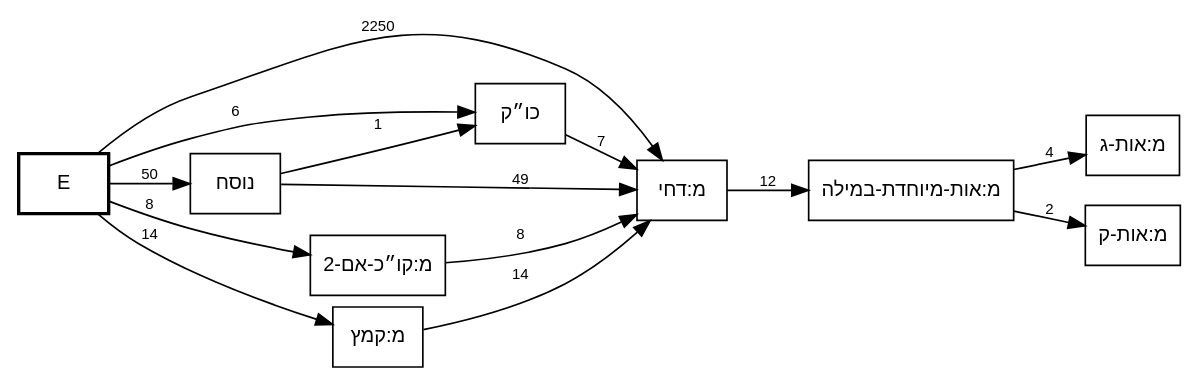
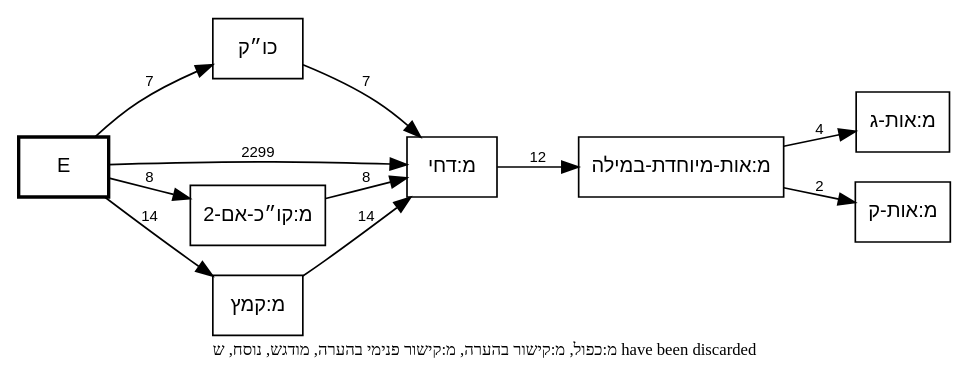
The diagram in out/MAM-tmpl-survey/plus-dchi-call-graph.dot (bdenckla/MAM-basics), drawn with Graphviz before and after one commit. The commit also changed 6 other files, not shown here.

First line of the commit message:
Refine focused template survey graphs: target-scoped counts + discard policy

```diff
--- a/out/MAM-tmpl-survey/plus-dchi-call-graph.dot
+++ b/out/MAM-tmpl-survey/plus-dchi-call-graph.dot
@@ -1,30 +1,30 @@
 // This file was generated by MAM-basics/py/main_tmpl_survey.py.
 // Do not edit by hand.
 digraph template_call_graph {
     rankdir=LR;
     node [fontname="SBL Hebrew,Helvetica", fontsize=12];
     edge [fontname="Helvetica", fontsize=9];
     graph [comment="This file was generated by MAM-basics/py/main_tmpl_survey.py."];
 
     // Column nodes
     node [shape=box, style=bold];
     "E";
 
     // Template nodes
     node [shape=box, style=""];
 
+    // Note
+    graph [label="מ:כפול, מ:קישור בהערה, מ:קישור פנימי בהערה, מודגש, נוסח, ש have been discarded", labelloc=b, fontsize=10];
+
     // Edges
-    "E" -> "כו״ק" [label="6"];
-    "E" -> "מ:דחי" [label="2250"];
+    "E" -> "כו״ק" [label="7"];
+    "E" -> "מ:דחי" [label="2299"];
     "E" -> "מ:קו״כ-אם-2" [label="8"];
     "E" -> "מ:קמץ" [label="14"];
-    "E" -> "נוסח" [label="50"];
     "כו״ק" -> "מ:דחי" [label="7"];
     "מ:אות-מיוחדת-במילה" -> "מ:אות-ג" [label="4"];
     "מ:אות-מיוחדת-במילה" -> "מ:אות-ק" [label="2"];
     "מ:דחי" -> "מ:אות-מיוחדת-במילה" [label="12"];
     "מ:קו״כ-אם-2" -> "מ:דחי" [label="8"];
     "מ:קמץ" -> "מ:דחי" [label="14"];
-    "נוסח" -> "כו״ק" [label="1"];
-    "נוסח" -> "מ:דחי" [label="49"];
 }
```
